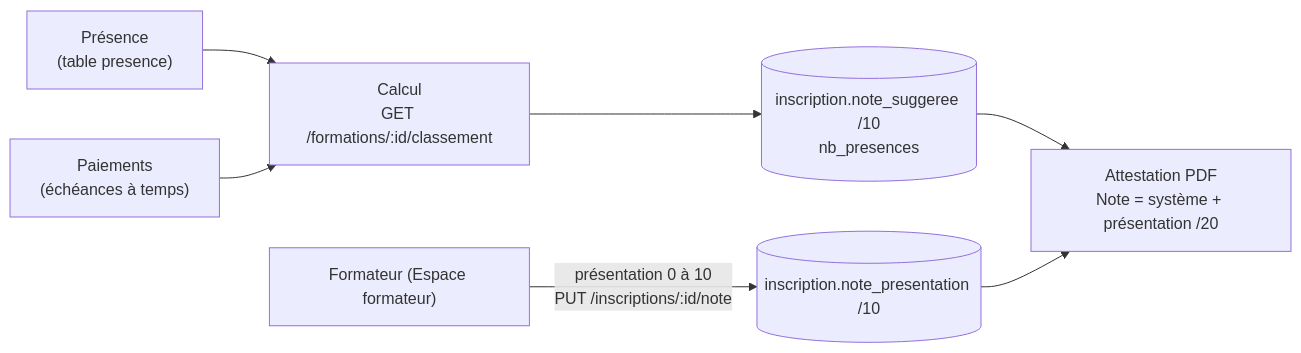
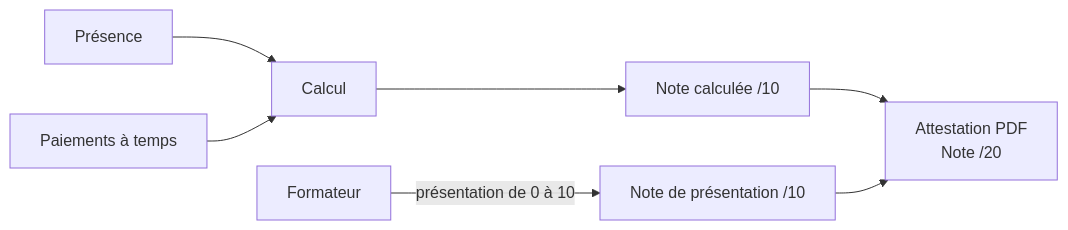
One commit to eliaTolojanahary/gestionFormation_stage changed diagram 19 of 23 in FLUX-APPLICATION.md. Above: the diagram before and after it, drawn with Mermaid. The commit also changed other lines of this file and 69 other files, not shown here.

````diff
--- a/FLUX-APPLICATION.md
+++ b/FLUX-APPLICATION.md
@@ -1142,9 +1603,9 @@
 ```mermaid
 flowchart LR
-    P["Présence<br/>(table presence)"] --> C["Calcul<br/>GET /formations/:id/classement"]
-    E["Paiements<br/>(échéances à temps)"] --> C
-    C --> S[("inscription.note_suggeree /10<br/>nb_presences")]
-    F["Formateur (Espace formateur)"] -->|"présentation 0 à 10<br/>PUT /inscriptions/:id/note"| N[("inscription.note_presentation /10")]
-    S --> A["Attestation PDF<br/>Note = système + présentation /20"]
+    P["Présence"] --> C["Calcul"]
+    E["Paiements à temps"] --> C
+    C --> S["Note calculée /10"]
+    F["Formateur"] -->|"présentation de 0 à 10"| N["Note de présentation /10"]
+    S --> A["Attestation PDF<br/>Note /20"]
     N --> A
 ```
````
